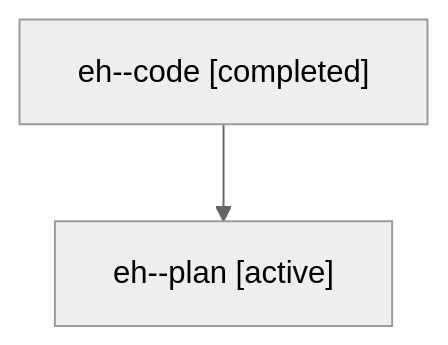
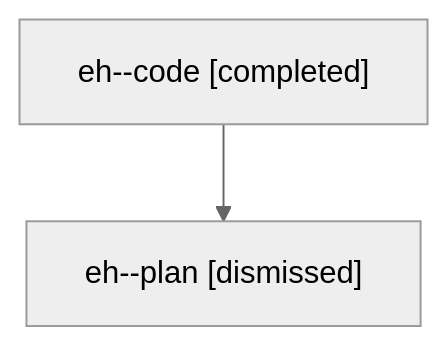
One commit to sase-org/sase--agents changed the diagram in sessions/bbugyi200.athena.eh.md. Above: the diagram before and after it, drawn with Mermaid (neutral theme). The commit also changed other lines of this file and 28 other files, not shown here.

````diff
--- a/sessions/bbugyi200.athena.eh.md
+++ b/sessions/bbugyi200.athena.eh.md
@@ -9,6 +9,6 @@
 ```mermaid
 flowchart TD
   n0["eh--code [completed]"]
-  n1["eh--plan [active]"]
+  n1["eh--plan [dismissed]"]
   n0 --> n1
 ```
````
